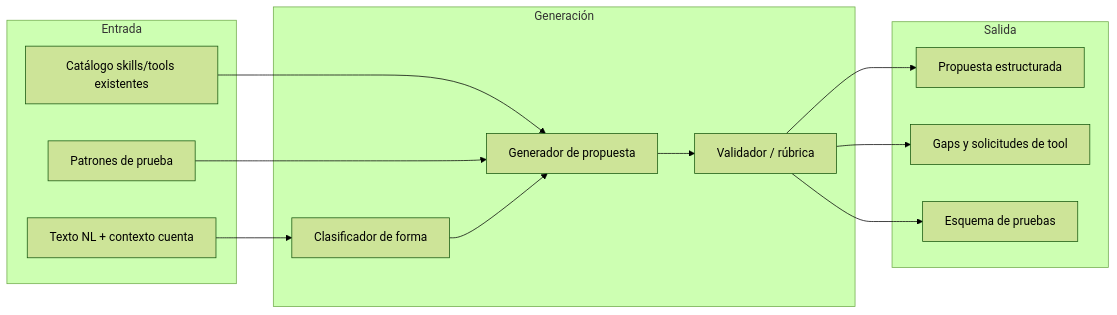
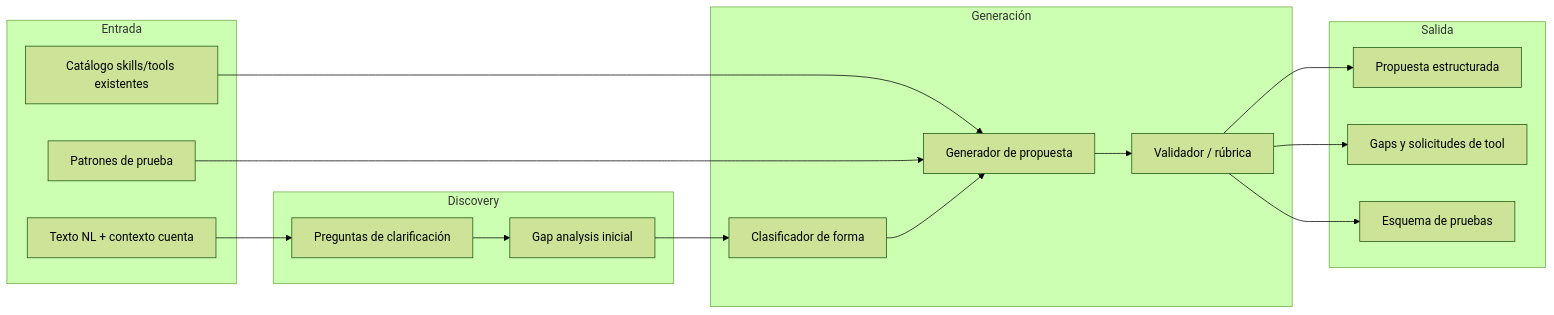
The second of 2 diagrams in docs/operational-cases/use-case-authoring-vision.md (janotowers/10x-builders-agent), drawn with Mermaid (forest theme) before and after one commit. The commit also changed other lines of this file and 12 other files, not shown here.

````diff
--- a/docs/operational-cases/use-case-authoring-vision.md
+++ b/docs/operational-cases/use-case-authoring-vision.md
@@ -108,26 +116,32 @@
 ```mermaid
 flowchart LR
   subgraph Entrada
     NL[Texto NL + contexto cuenta]
     CAT[Catálogo skills/tools existentes]
     PAT[Patrones de prueba]
+  end
+  subgraph Discovery
+    CLQ[Preguntas de clarificación]
+    GAP0[Gap analysis inicial]
   end
   subgraph Generación
     CLS[Clasificador de forma]
     GEN[Generador de propuesta]
     VAL[Validador / rúbrica]
   end
   subgraph Salida
     PROP[Propuesta estructurada]
     GAP[Gaps y solicitudes de tool]
     TEST[Esquema de pruebas]
   end
-  NL --> CLS
+  NL --> CLQ
+  CLQ --> GAP0
+  GAP0 --> CLS
   CAT --> GEN
   PAT --> GEN
   CLS --> GEN
   GEN --> VAL
   VAL --> PROP
   VAL --> GAP
   VAL --> TEST
 ```
````
